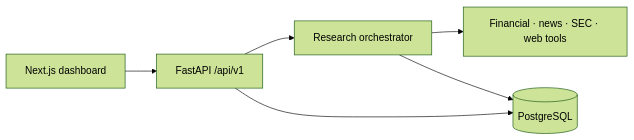
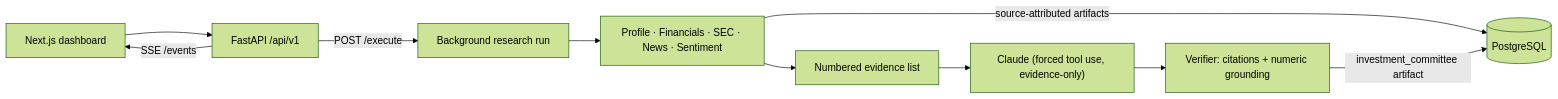
One commit to DhritiSoni4/AI-Investment-Research-Agent changed the diagram in README.md. Above: the diagram before and after it, drawn with Mermaid (forest theme). The commit also changed other lines of this file and 1 other file, not shown here.

````diff
--- a/README.md
+++ b/README.md
@@ -9,8 +11,12 @@
 ```mermaid
 flowchart LR
   UI["Next.js dashboard"] --> API["FastAPI /api/v1"]
-  API --> Orchestrator["Research orchestrator"]
-  Orchestrator --> Tools["Financial · news · SEC · web tools"]
-  Orchestrator --> DB[("PostgreSQL")]
-  API --> DB
+  API -->|"POST /execute"| Run["Background research run"]
+  Run --> Agents["Profile · Financials · SEC · News · Sentiment"]
+  Agents -->|"source-attributed artifacts"| DB[("PostgreSQL")]
+  Agents --> Evidence["Numbered evidence list"]
+  Evidence --> Claude["Claude (forced tool use, evidence-only)"]
+  Claude --> Verify["Verifier: citations + numeric grounding"]
+  Verify -->|"investment_committee artifact"| DB
+  API -->|"SSE /events"| UI
 ```
````
